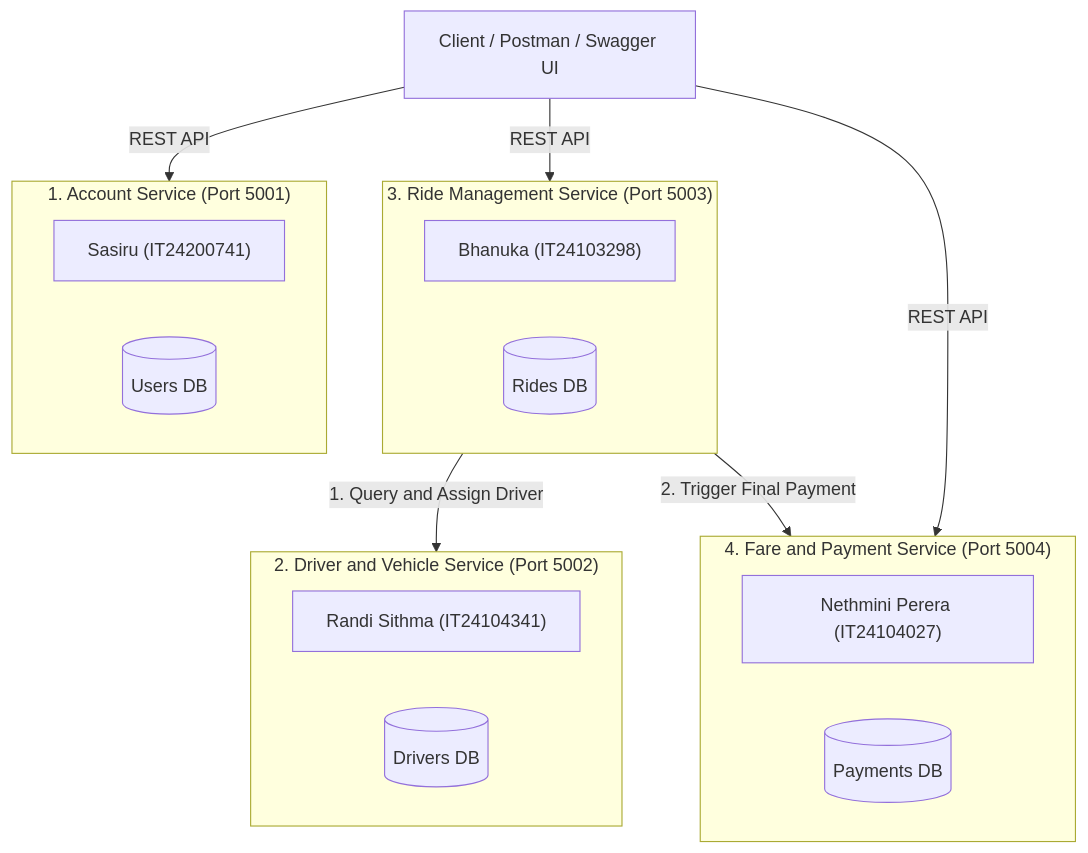
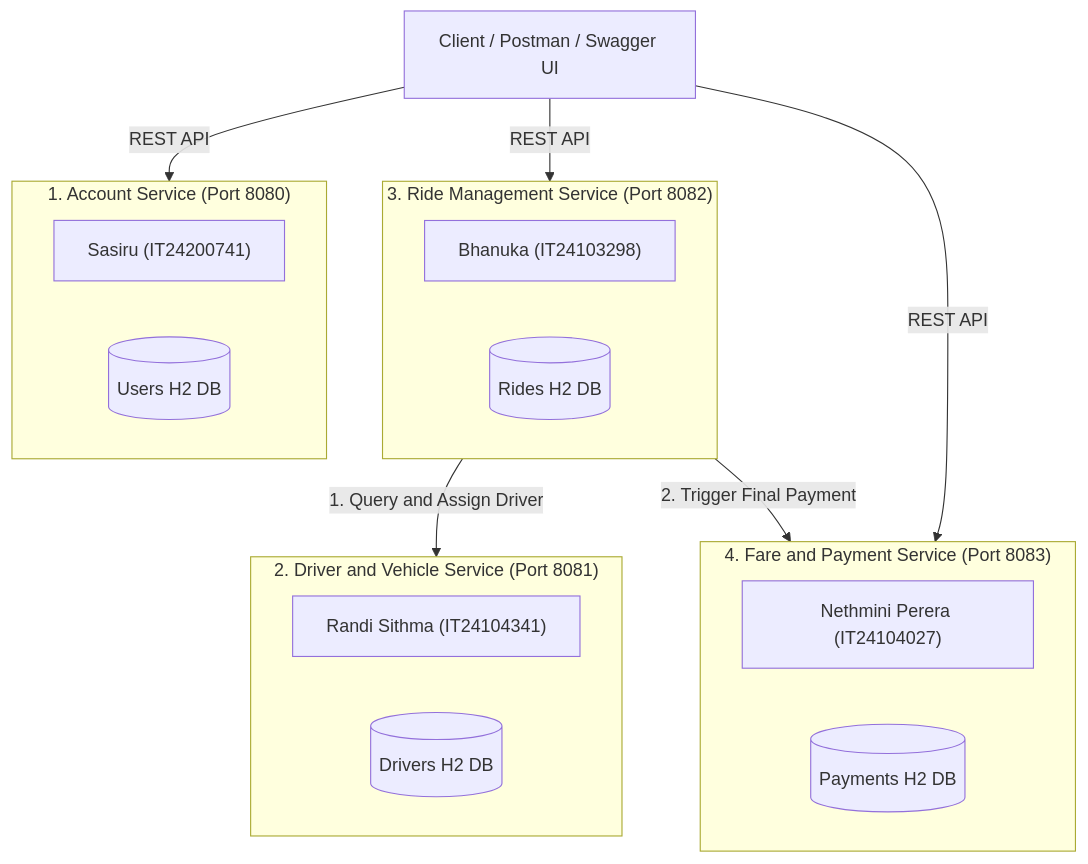
The diagram in README.md (IT24200741/IT3130_RideLink_Microservices), drawn with Mermaid before and after one commit. The commit also changed other lines of this file and 37 other files, not shown here.

````diff
--- a/README.md
+++ b/README.md
@@ -27,31 +29,31 @@
 ```mermaid
 flowchart TD
     Client["Client / Postman / Swagger UI"]
     
-    subgraph S1["1. Account Service (Port 5001)"]
+    subgraph S1["1. Account Service (Port 8080)"]
         Sasiru["Sasiru (IT24200741)"]
-        DB1[("Users DB")]
+        DB1[("Users H2 DB")]
     end
     
-    subgraph S3["3. Ride Management Service (Port 5003)"]
+    subgraph S3["3. Ride Management Service (Port 8082)"]
         Bhanuka["Bhanuka (IT24103298)"]
-        DB3[("Rides DB")]
+        DB3[("Rides H2 DB")]
     end
     
-    subgraph S2["2. Driver and Vehicle Service (Port 5002)"]
+    subgraph S2["2. Driver and Vehicle Service (Port 8081)"]
         Randi["Randi Sithma (IT24104341)"]
-        DB2[("Drivers DB")]
+        DB2[("Drivers H2 DB")]
     end
     
-    subgraph S4["4. Fare and Payment Service (Port 5004)"]
+    subgraph S4["4. Fare and Payment Service (Port 8083)"]
         Nethmini["Nethmini Perera (IT24104027)"]
-        DB4[("Payments DB")]
+        DB4[("Payments H2 DB")]
     end
 
     Client -->|REST API| S1
     Client -->|REST API| S3
     Client -->|REST API| S4
     
     S3 -->|1. Query and Assign Driver| S2
     S3 -->|2. Trigger Final Payment| S4
 ```
````
